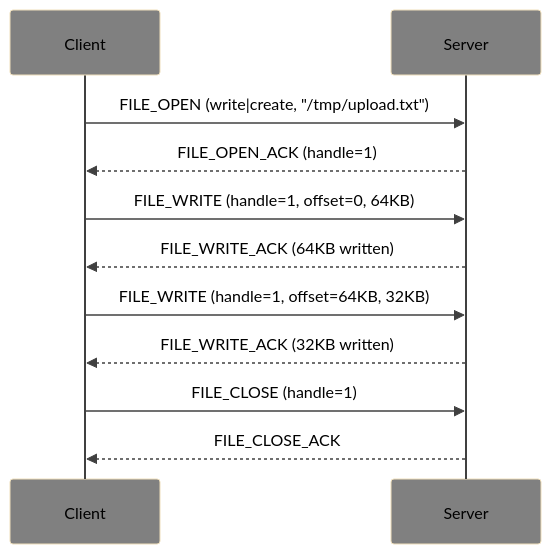
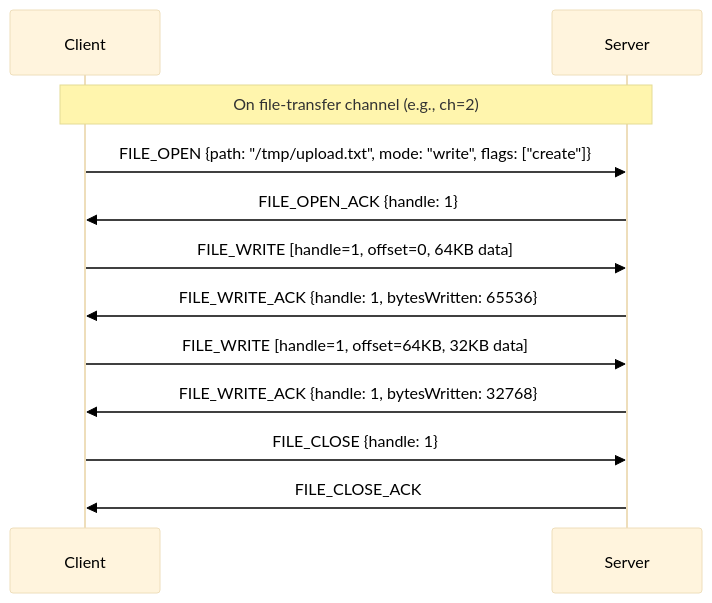
The third of 4 diagrams in docs/ext-file-transfer.md (deftai/xumux), drawn with Mermaid before and after one commit. The commit also changed other lines of this file and 6 other files, not shown here.

````diff
--- a/docs/ext-file-transfer.md
+++ b/docs/ext-file-transfer.md
@@ -188,18 +185,19 @@
 ```mermaid
-%%{init: {'theme': 'base', 'themeVariables': {'primaryTextColor': '#000000', 'secondaryTextColor': '#000000', 'tertiaryTextColor': '#000000', 'noteBkgColor': '#909090', 'noteTextColor': '#000000', 'actorBkg': '#808080', 'actorTextColor': '#000000', 'actorLineColor': '#404040', 'signalColor': '#404040'}}}%%
+%%{init: {'theme': 'base', 'themeVariables': {'primaryTextColor': '#000', 'lineColor': '#333'}}}%%
 sequenceDiagram
     participant C as Client
     participant S as Server
 
-    C->>S: FILE_OPEN (write|create, "/tmp/upload.txt")
-    S-->>C: FILE_OPEN_ACK (handle=1)
-    
-    C->>S: FILE_WRITE (handle=1, offset=0, 64KB)
-    S-->>C: FILE_WRITE_ACK (64KB written)
-    
-    C->>S: FILE_WRITE (handle=1, offset=64KB, 32KB)
-    S-->>C: FILE_WRITE_ACK (32KB written)
-    
-    C->>S: FILE_CLOSE (handle=1)
-    S-->>C: FILE_CLOSE_ACK
+    Note over C,S: On file-transfer channel (e.g., ch=2)
+    C->>S: FILE_OPEN {path: "/tmp/upload.txt", mode: "write", flags: ["create"]}
+    S->>C: FILE_OPEN_ACK {handle: 1}
+
+    C->>S: FILE_WRITE [handle=1, offset=0, 64KB data]
+    S->>C: FILE_WRITE_ACK {handle: 1, bytesWritten: 65536}
+
+    C->>S: FILE_WRITE [handle=1, offset=64KB, 32KB data]
+    S->>C: FILE_WRITE_ACK {handle: 1, bytesWritten: 32768}
+
+    C->>S: FILE_CLOSE {handle: 1}
+    S->>C: FILE_CLOSE_ACK
 ```
````
